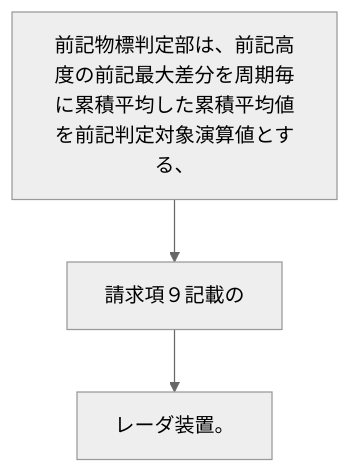
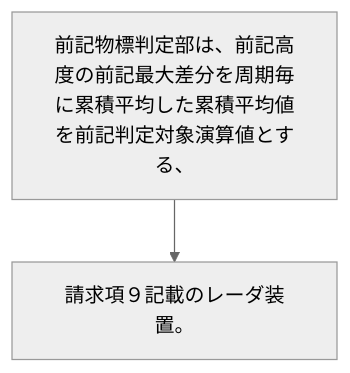
One commit to shinmori55/patent_analyzed changed the diagram in 2024/JP2024021637A/claim_13/README.md. Above: the diagram before and after it, drawn with Mermaid (neutral theme). The commit also changed 336 other files, not shown here.

````diff
--- a/2024/JP2024021637A/claim_13/README.md
+++ b/2024/JP2024021637A/claim_13/README.md
@@ -3,8 +3,6 @@
 ```mermaid
 flowchart TD
 A[前記物標判定部は、前記高度の前記最大差分を周期毎に累積平均した累積平均値を前記判定対象演算値とする、]
-B[請求項９記載の]
-C[レーダ装置。]
+B[請求項９記載のレーダ装置。]
 A --> B
-B --> C
 ```
````
